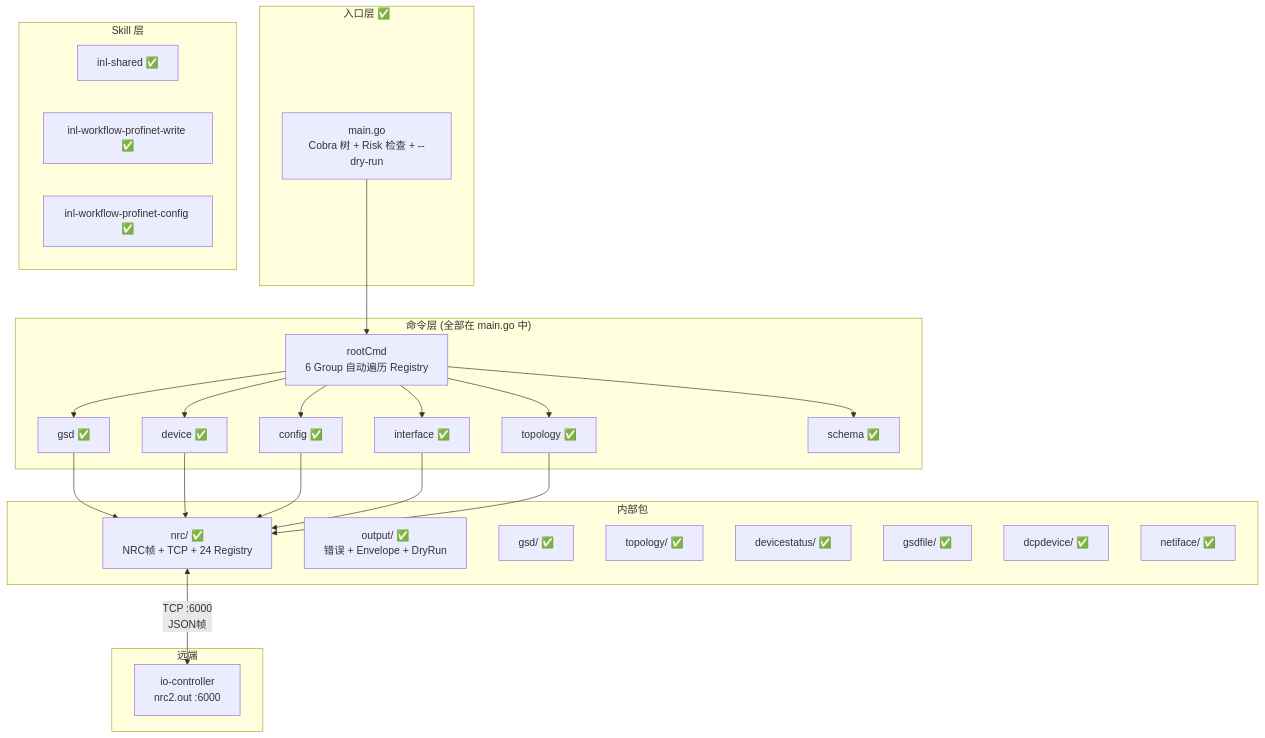
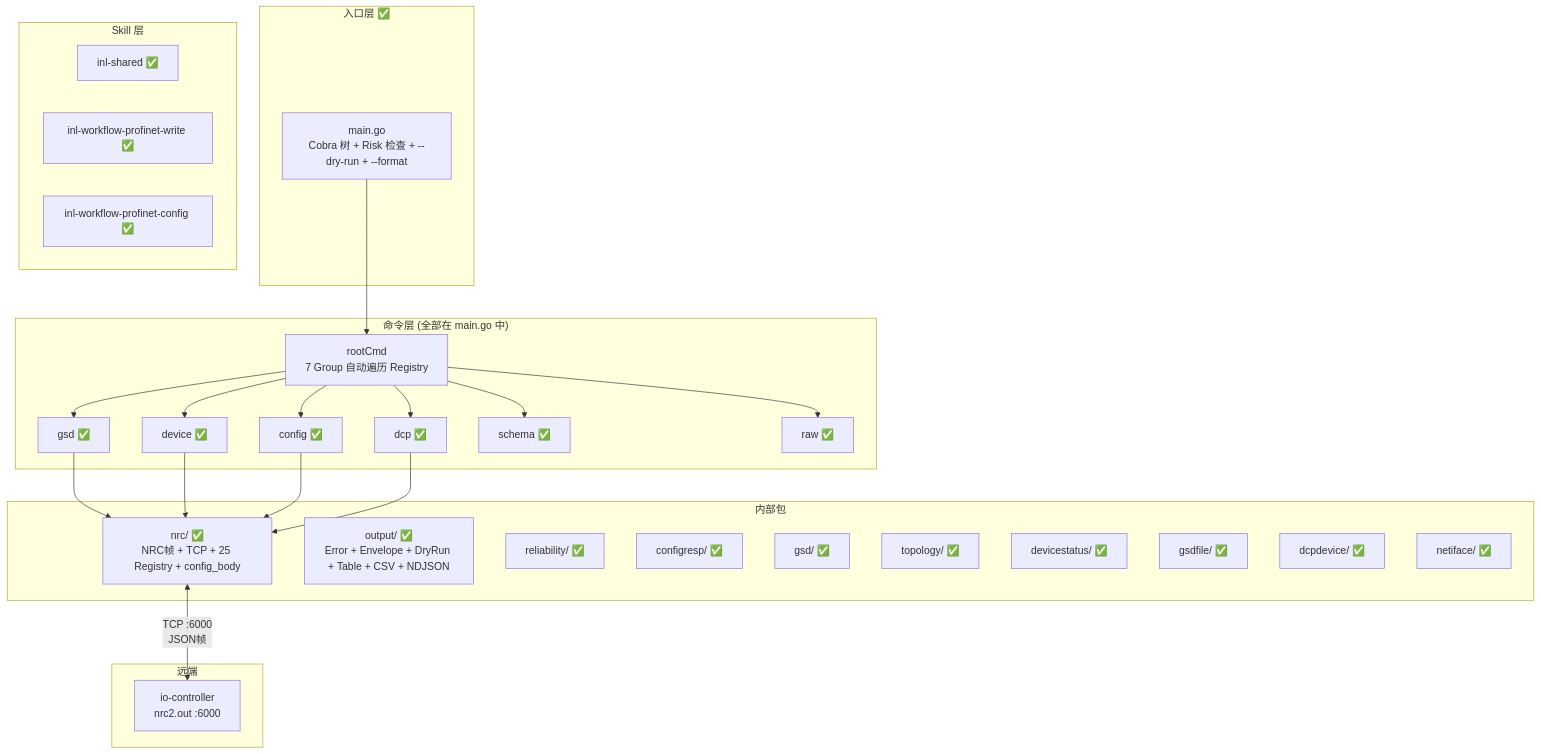
The first of 4 diagrams in docs/inl-architecture.md (hqy2435662352/inl), drawn with Mermaid before and after one commit. The commit also changed other lines of this file and 13 other files, not shown here.

````diff
--- a/docs/inl-architecture.md
+++ b/docs/inl-architecture.md
@@ -102,42 +98,44 @@
 ```mermaid
 flowchart TB
     subgraph Entry["入口层 ✅"]
-        MAIN[main.go<br/>Cobra 树 + Risk 检查 + --dry-run]
+        MAIN[main.go<br/>Cobra 树 + Risk 检查 + --dry-run + --format]
     end
 
     subgraph CMD["命令层 (全部在 main.go 中)"]
-        ROOT[rootCmd<br/>6 Group 自动遍历 Registry]
-        TOPO[gsd ✅]
-        GSDCMD[device ✅]
-        DEV[config ✅]
-        IFACE[interface ✅]
-        TOPOS[topology ✅]
-        SCH[schema ✅]
+        ROOT[rootCmd<br/>7 Group 自动遍历 Registry]
+        GSDCMD[gsd ✅]
+        DEVCMD[device ✅]
+        CFGCMD[config ✅]
+        DCPCMD[dcp ✅]
+        SCHCMD[schema ✅]
+        RAWCMD[raw ✅]
     end
 
     subgraph Internal["内部包"]
-        NRC[nrc/ ✅<br/>NRC帧 + TCP + 24 Registry]
-        OUT[output/ ✅<br/>错误 + Envelope + DryRun]
+        NRC[nrc/ ✅<br/>NRC帧 + TCP + 25 Registry + config_body]
+        OUT[output/ ✅<br/>Error + Envelope + DryRun + Table + CSV + NDJSON]
+        REL[reliability/ ✅]
+        CRESP[configresp/ ✅]
         GSDT[gsd/ ✅]
         TOPOT[topology/ ✅]
         DEVS[devicestatus/ ✅]
         GSDF[gsdfile/ ✅]
         DCPD[dcpdevice/ ✅]
         NETIF[netiface/ ✅]
     end
 
     subgraph Skills["Skill 层"]
         S_SH[inl-shared ✅]
         S_WW[inl-workflow-profinet-write ✅]
         S_CFG[inl-workflow-profinet-config ✅]
     end
 
     subgraph Remote["远端"]
         IOCTL[io-controller<br/>nrc2.out :6000]
     end
 
     MAIN --> ROOT
-    ROOT --> TOPO & GSDCMD & DEV & IFACE & TOPOS & SCH
-    TOPO & GSDCMD & DEV & IFACE & TOPOS --> NRC
+    ROOT --> GSDCMD & DEVCMD & CFGCMD & DCPCMD & SCHCMD & RAWCMD
+    GSDCMD & DEVCMD & CFGCMD & DCPCMD --> NRC
     NRC <-->|"TCP :6000<br/>JSON帧"| IOCTL
 ```
````
